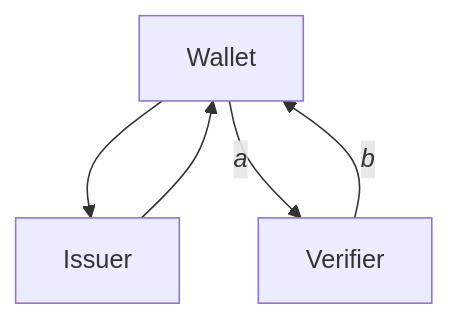
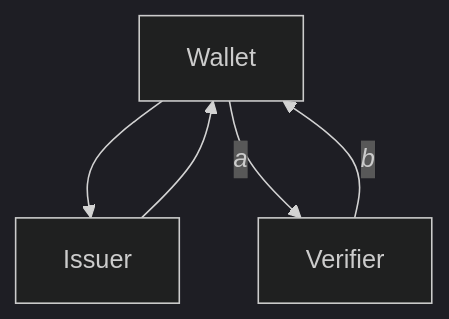
One commit to paparitsidis-nci/docroot changed the first of 2 diagrams in intro.md. Above: the diagram before and after it, drawn with Mermaid. The commit also changed other lines of this file and 2 other files, not shown here.

Commit message:
added rect format transparent, image transparent and second page link:

````diff
--- a/intro.md
+++ b/intro.md
@@ -12,7 +14,8 @@
 ```mermaid
+%%{init: { 'theme':'dark', 'background': 'transparent' } }%%
 graph TB;
   Wallet --> Issuer;
   Issuer --> Wallet;
   Wallet -- <i>a</i> --> Verifier;
   Verifier -- <i>b</i> --> Wallet;
 ```
````
